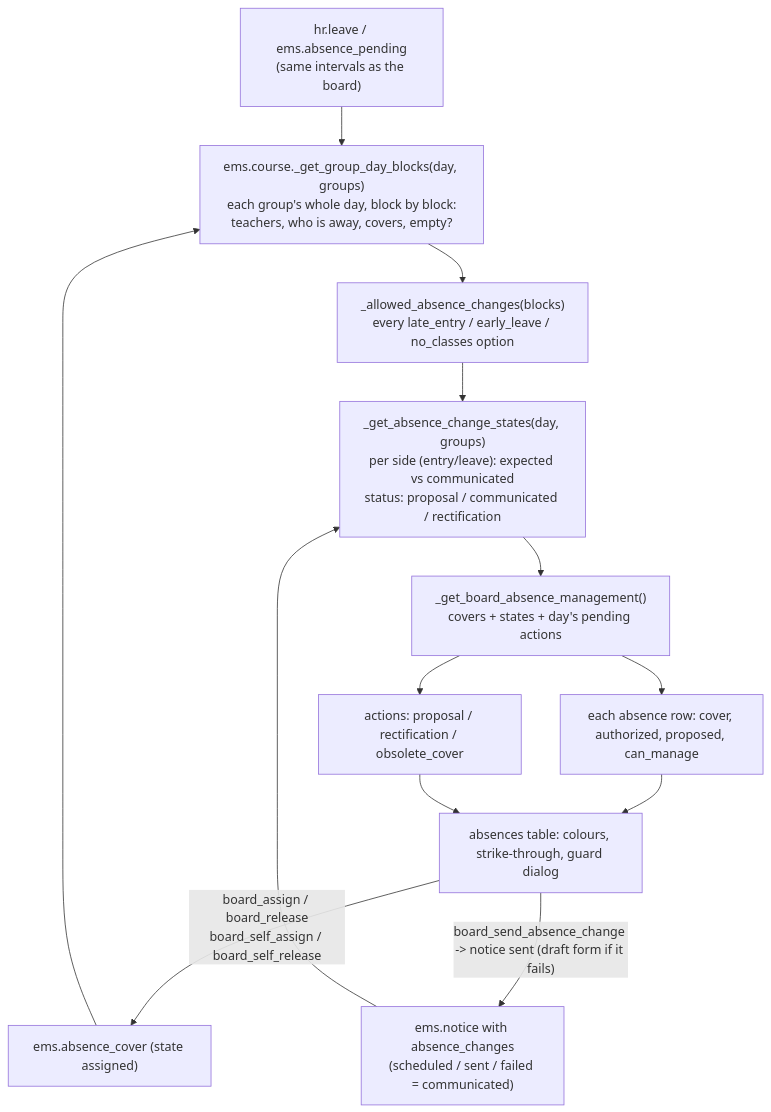
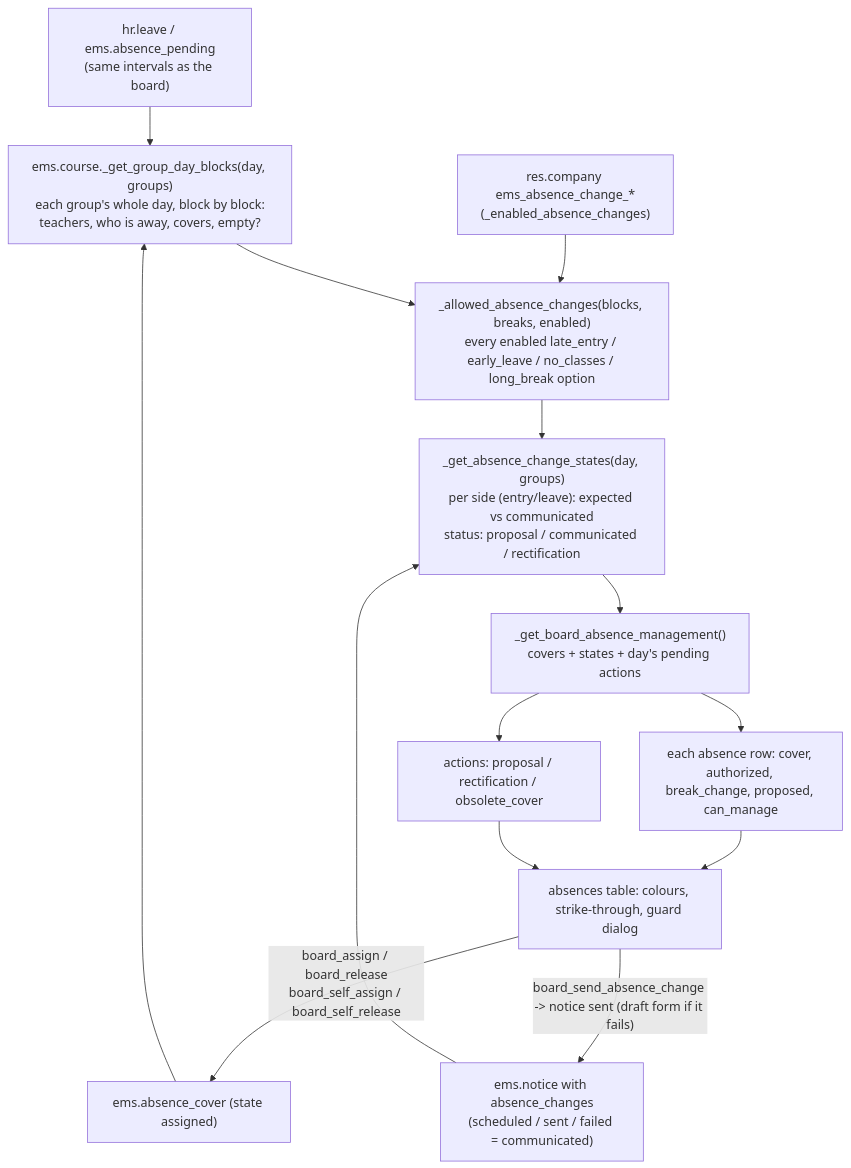
Before and after one commit to ElPuig/EMS: the fourth of 5 diagrams in docs/en/developers/attendance/guard_duty_board.md, drawn with Mermaid. The commit also changed other lines of this file and 27 other files, not shown here.

````diff
--- a/docs/en/developers/attendance/guard_duty_board.md
+++ b/docs/en/developers/attendance/guard_duty_board.md
@@ -669,15 +671,16 @@
 ```mermaid
 flowchart TD
     ABS["hr.leave / ems.absence_pending<br/>(same intervals as the board)"] --> BLK["ems.course._get_group_day_blocks(day, groups)<br/>each group's whole day, block by block:<br/>teachers, who is away, covers, empty?"]
     COV["ems.absence_cover (state assigned)"] --> BLK
-    BLK --> EXP["_allowed_absence_changes(blocks)<br/>every late_entry / early_leave / no_classes option"]
+    CFG["res.company ems_absence_change_*<br/>(_enabled_absence_changes)"] --> EXP
+    BLK --> EXP["_allowed_absence_changes(blocks, breaks, enabled)<br/>every enabled late_entry / early_leave / no_classes / long_break option"]
     NOT["ems.notice with absence_changes<br/>(scheduled / sent / failed = communicated)"] --> ST
     EXP --> ST["_get_absence_change_states(day, groups)<br/>per side (entry/leave): expected vs communicated<br/>status: proposal / communicated / rectification"]
     ST --> MGT["_get_board_absence_management()<br/>covers + states + day's pending actions"]
-    MGT --> ROWS["each absence row: cover, authorized, proposed, can_manage"]
+    MGT --> ROWS["each absence row: cover, authorized, break_change, proposed, can_manage"]
     MGT --> ACT["actions: proposal / rectification / obsolete_cover"]
     ROWS --> UI["absences table: colours, strike-through, guard dialog"]
     ACT --> UI
     UI -->|"board_assign / board_release<br/>board_self_assign / board_self_release"| COV
     UI -->|"board_send_absence_change -> notice sent (draft form if it fails)"| NOT
 ```
````
